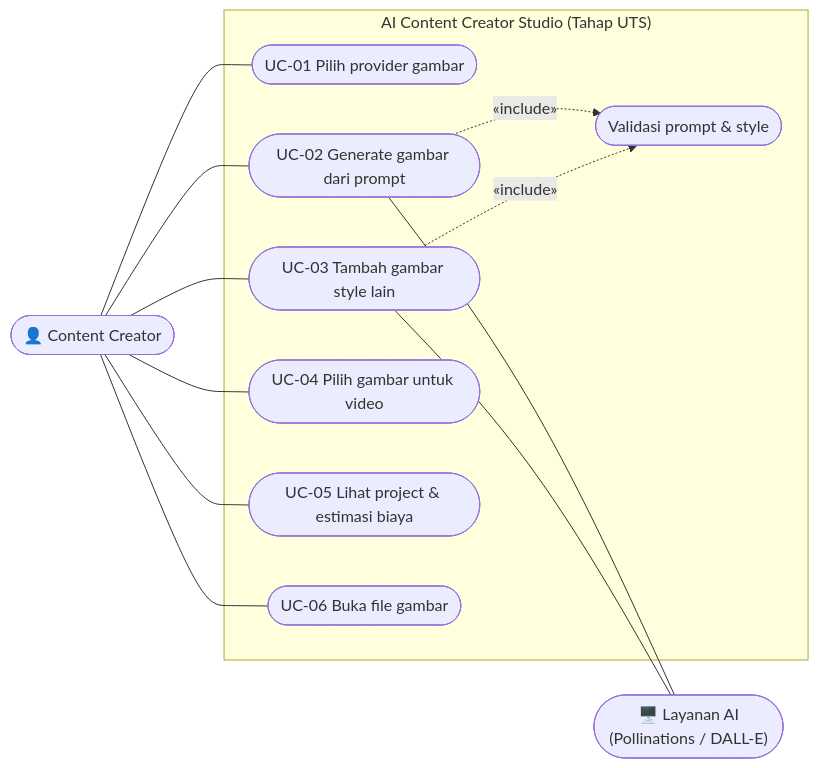
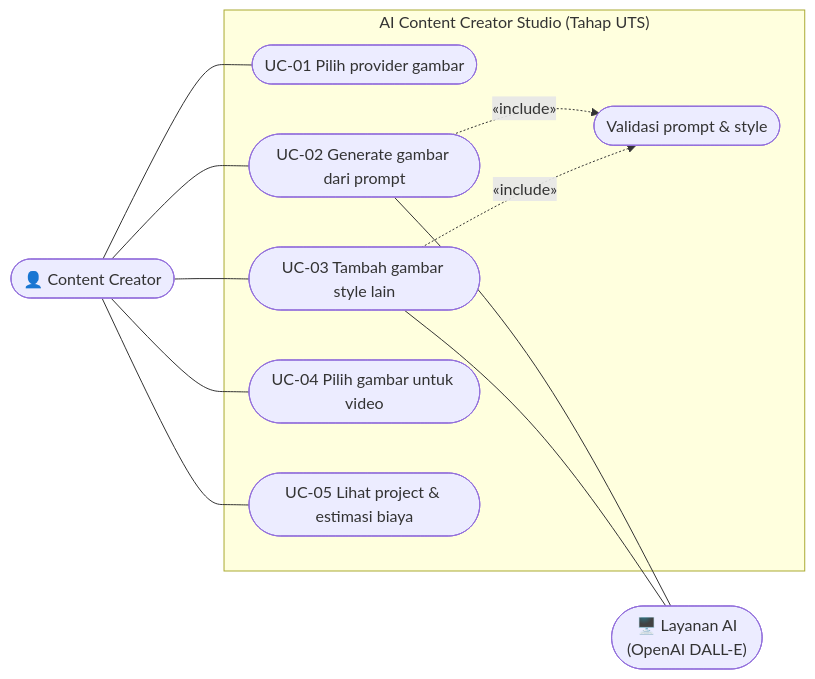
The diagram in docs/diagrams/usecase.mmd (Sesu-laia/ai-content-studio), drawn with Mermaid before and after one commit. The commit also changed 18 other files, not shown here.

First line of the commit message:
Hapus Pollinations, provider otomatis Mock/DALL-E sesuai ketentuan topik I3

```diff
--- a/docs/diagrams/usecase.mmd
+++ b/docs/diagrams/usecase.mmd
@@ -1,22 +1,20 @@
 flowchart LR
     CC(["👤 Content Creator"])
-    AI(["🖥️ Layanan AI<br/>(Pollinations / DALL-E)"])
+    AI(["🖥️ Layanan AI<br/>(OpenAI DALL-E)"])
     subgraph SYS["AI Content Creator Studio (Tahap UTS)"]
         UC01(["UC-01 Pilih provider gambar"])
         UC02(["UC-02 Generate gambar dari prompt"])
         UC03(["UC-03 Tambah gambar style lain"])
         UC04(["UC-04 Pilih gambar untuk video"])
         UC05(["UC-05 Lihat project & estimasi biaya"])
-        UC06(["UC-06 Buka file gambar"])
         UCV(["Validasi prompt & style"])
     end
     CC --- UC01
     CC --- UC02
     CC --- UC03
     CC --- UC04
     CC --- UC05
-    CC --- UC06
     UC02 -.->|"«include»"| UCV
     UC03 -.->|"«include»"| UCV
     UC02 --- AI
     UC03 --- AI
```
